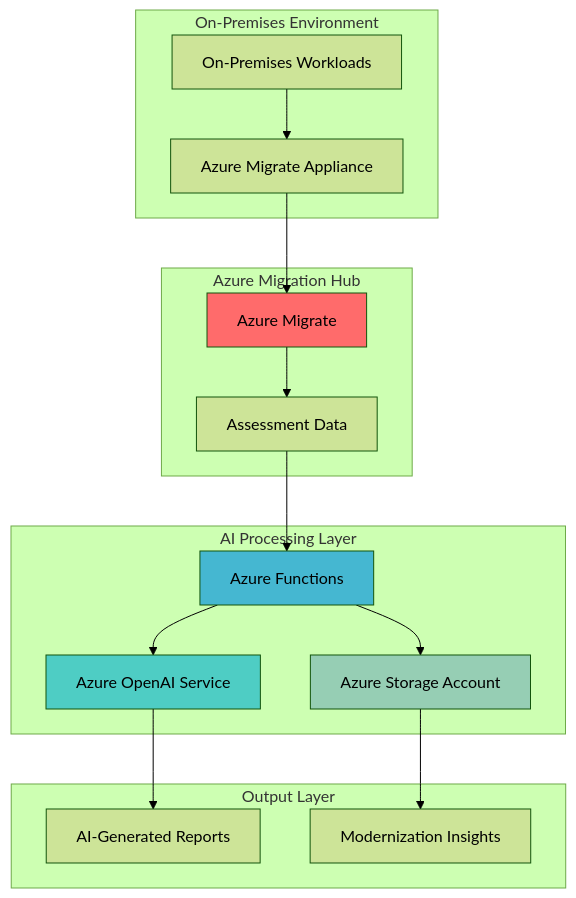
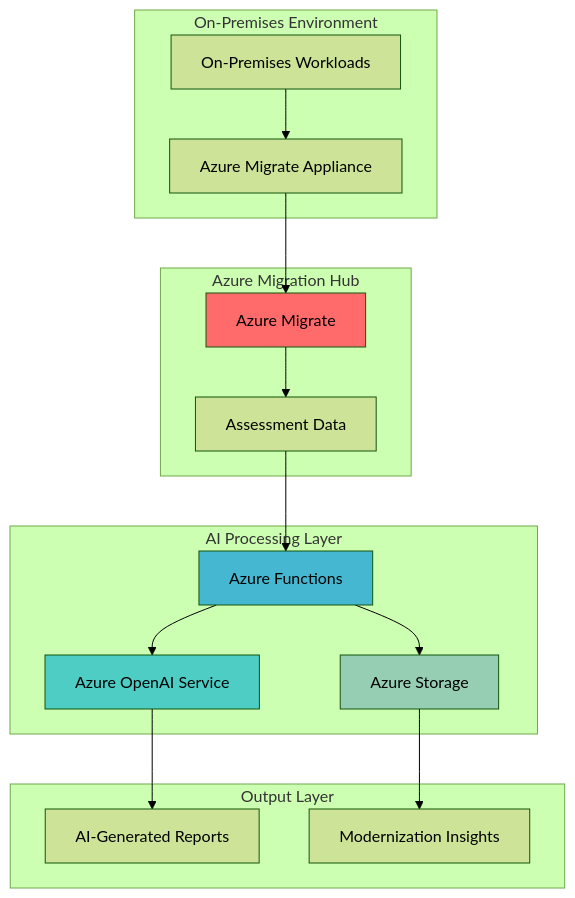
Before and after one commit to mzazon/awesome-cloud-projects: the diagram in azure/ai-powered-migration-assessment/ai-powered-migration-assessment.md, drawn with Mermaid (forest theme). The commit also changed other lines of this file and 5581 other files, not shown here.

````diff
--- a/azure/ai-powered-migration-assessment/ai-powered-migration-assessment.md
+++ b/azure/ai-powered-migration-assessment/ai-powered-migration-assessment.md
@@ -30,37 +30,37 @@
 ```mermaid
 graph TB
     subgraph "On-Premises Environment"
         ONPREM[On-Premises Workloads]
         APPLIANCE[Azure Migrate Appliance]
     end
     
     subgraph "Azure Migration Hub"
         MIGRATE[Azure Migrate]
         ASSESSMENT[Assessment Data]
     end
     
     subgraph "AI Processing Layer"
         FUNC[Azure Functions]
         OPENAI[Azure OpenAI Service]
-        STORAGE[Azure Storage Account]
+        STORAGE[Azure Storage]
     end
     
     subgraph "Output Layer"
         REPORT[AI-Generated Reports]
         INSIGHTS[Modernization Insights]
     end
     
     ONPREM --> APPLIANCE
     APPLIANCE --> MIGRATE
     MIGRATE --> ASSESSMENT
     ASSESSMENT --> FUNC
     FUNC --> OPENAI
     FUNC --> STORAGE
     OPENAI --> REPORT
     STORAGE --> INSIGHTS
     
     style MIGRATE fill:#FF6B6B
     style OPENAI fill:#4ECDC4
     style FUNC fill:#45B7D1
     style STORAGE fill:#96CEB4
 ```
````
